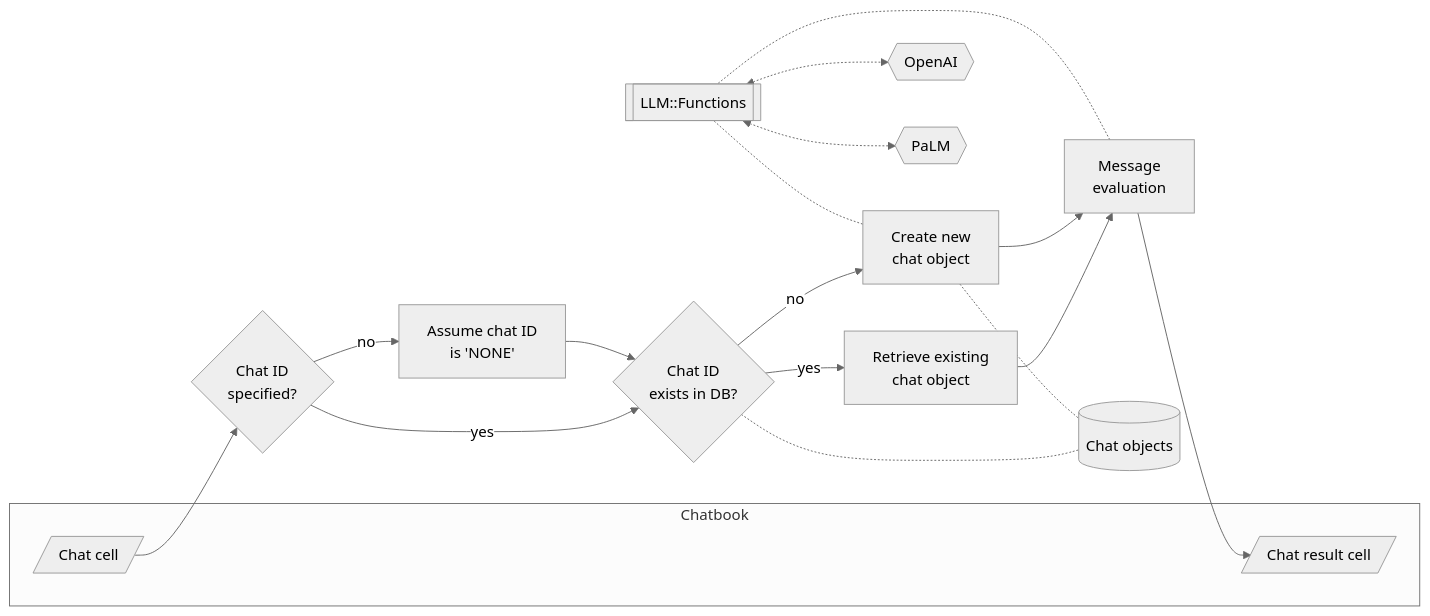
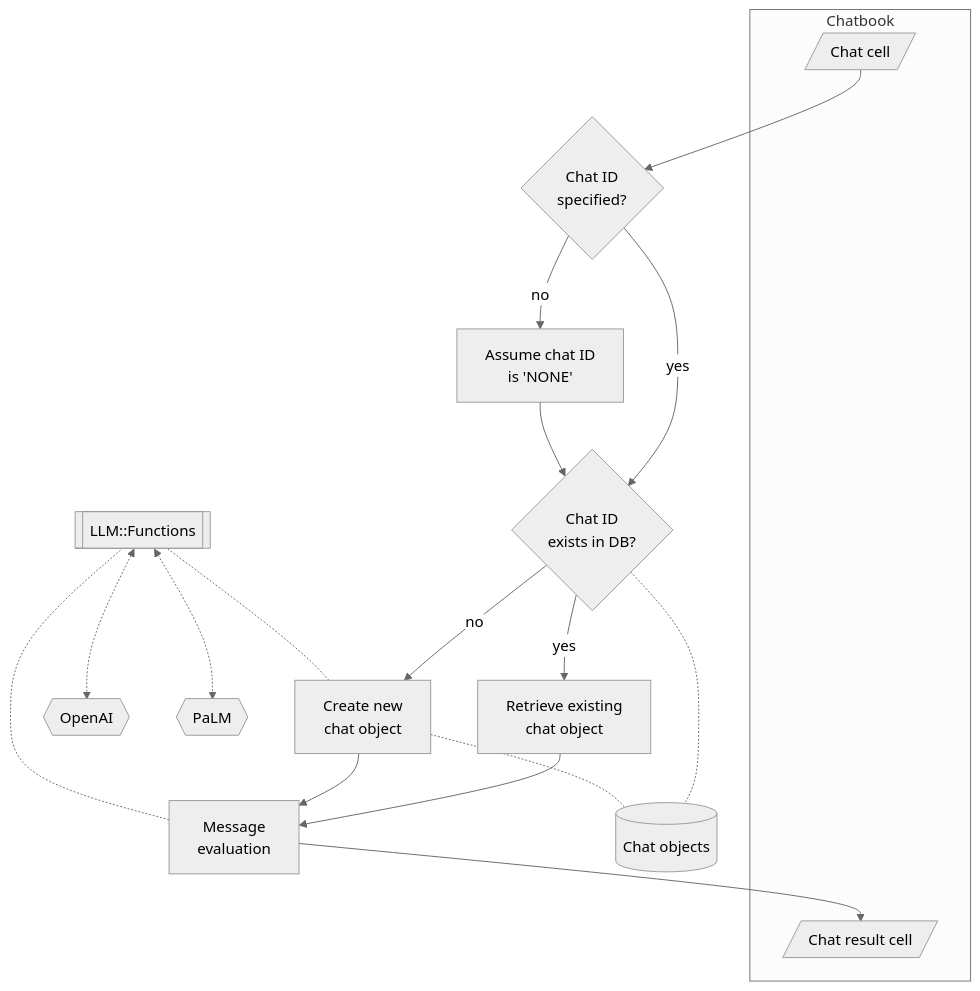
One commit to antononcube/Raku-Jupyter-Chatbook changed the first of 2 diagrams in README-work.md. Above: the diagram before and after it, drawn with Mermaid (neutral theme). The commit also changed other lines of this file and 1 other file, not shown here.

````diff
--- a/README-work.md
+++ b/README-work.md
@@ -151,32 +154,32 @@
 ```mermaid
-flowchart LR
+flowchart TD
     OpenAI{{OpenAI}}
     PaLM{{PaLM}}
     LLMFunc[[LLM::Functions]]
     CODB[(Chat objects)]
     CCell[/Chat cell/]
     CRCell[/Chat result cell/]
     CIDQ{Chat ID<br>specified?}
     CIDEQ{Chat ID<br>exists in DB?}
     RECO[Retrieve existing<br>chat object]
     COEval[Message<br>evaluation]
     CNCO[Create new<br>chat object]
     CIDNone["Assume chat ID<br>is 'NONE'"] 
     subgraph Chatbook
         CCell
         CRCell
     end
     CCell --> CIDQ
     CIDQ --> |yes| CIDEQ
     CIDEQ --> |yes| RECO
     RECO --> COEval --> CRCell
     CIDEQ -.- CODB
     CIDEQ --> |no| CNCO
     LLMFunc -.- CNCO -.- CODB
     CNCO --> COEval
     CIDQ --> |no| CIDNone
     CIDNone --> CIDEQ
     COEval -.- LLMFunc
     LLMFunc <-.-> OpenAI
     LLMFunc <-.-> PaLM
 ```
````
